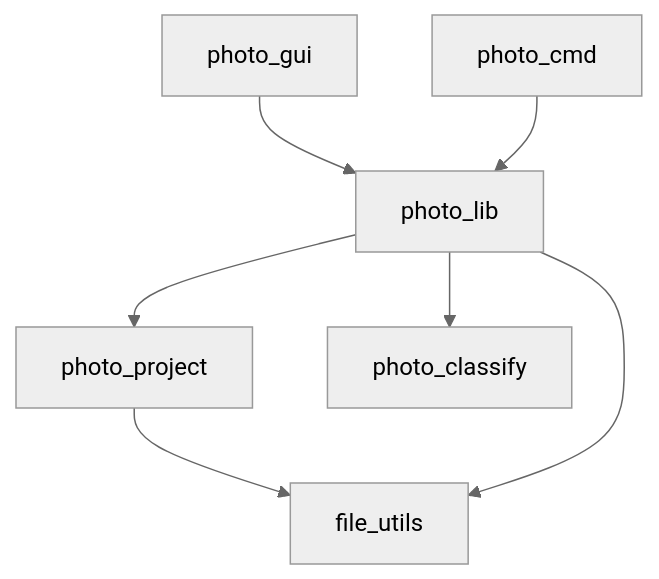
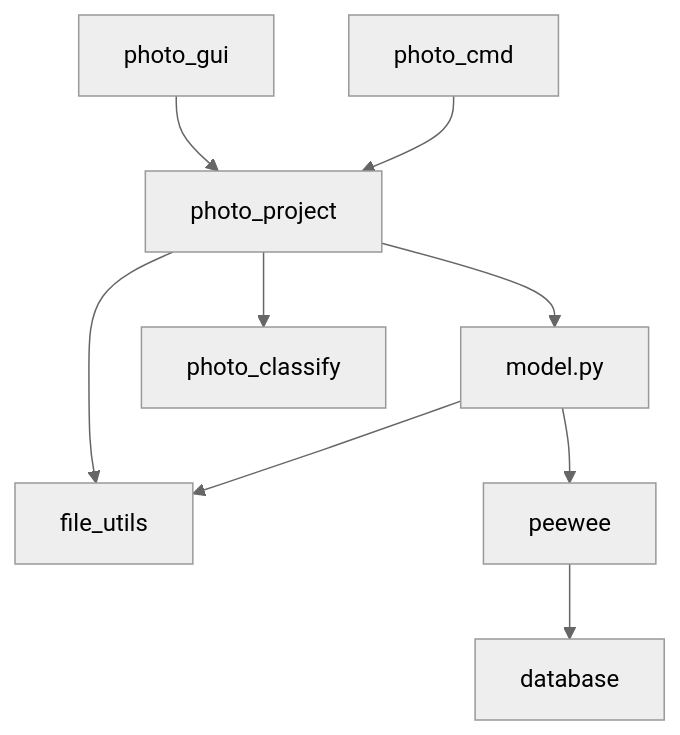
One commit to fvbakel/fotos changed the first of 4 diagrams in Design.md. Above: the diagram before and after it, drawn with Mermaid (neutral theme). The commit also changed other lines of this file, not shown here.

Commit message:
Update the design after refactor to peewee

````diff
--- a/Design.md
+++ b/Design.md
@@ -5,11 +5,12 @@
 ```mermaid
   graph TD;
     photo_project --> file_utils
-    photo_lib --> photo_project  
-    photo_lib --> photo_classify
-    photo_lib --> file_utils
-    
-    photo_gui --> photo_lib
-    photo_cmd --> photo_lib
+    photo_project --> model.py
+    model.py --> peewee
+    model.py --> file_utils
+    peewee --> database
+    photo_project --> photo_classify   
+    photo_gui --> photo_project
+    photo_cmd --> photo_project
 
 ```
````
